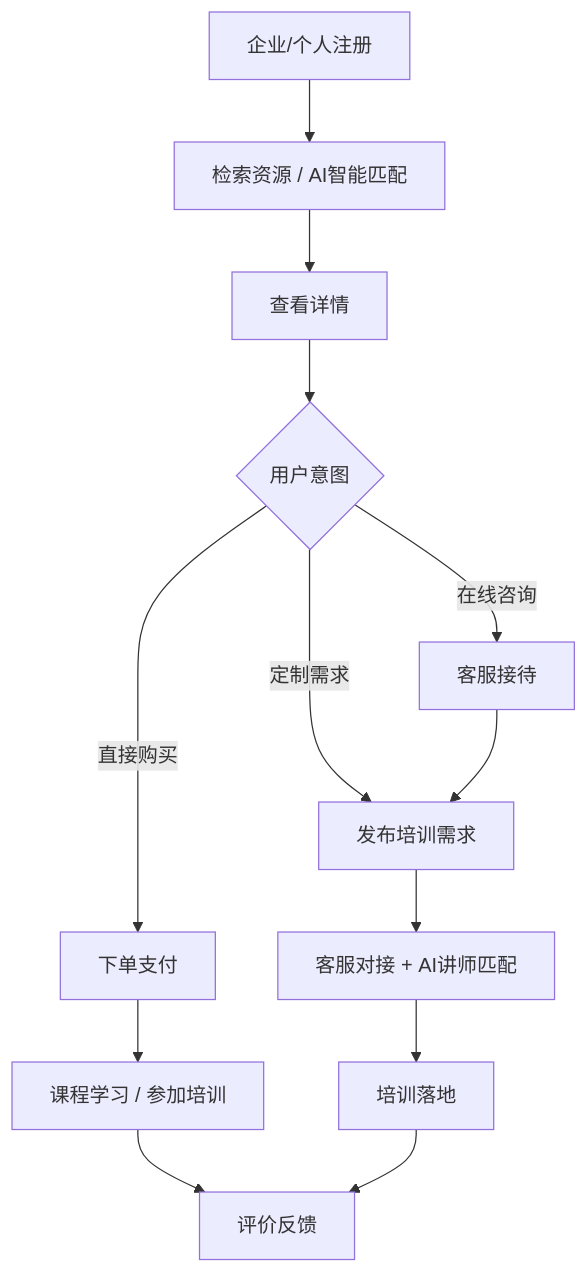
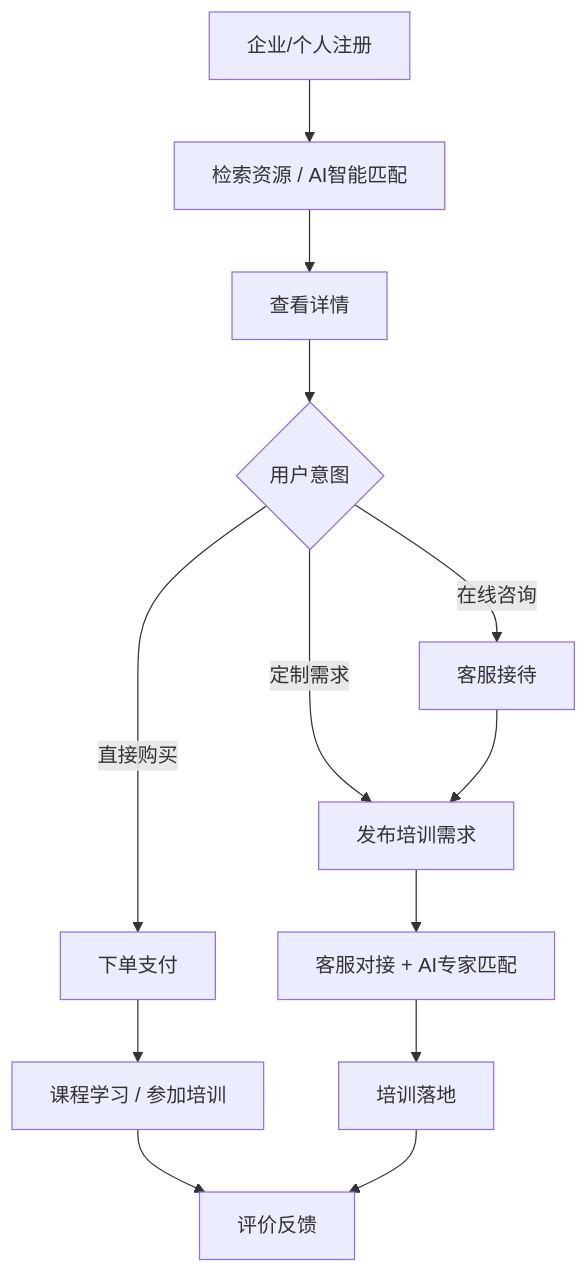
The diagram in docs/01-项目概述.md (zjh1252/taokev2-momo), drawn with Mermaid before and after one commit. The commit also changed other lines of this file and 5 other files, not shown here.

````diff
--- a/docs/01-项目概述.md
+++ b/docs/01-项目概述.md
@@ -91,15 +104,15 @@
 ```mermaid
 flowchart TD
     A[企业/个人注册] --> B[检索资源 / AI智能匹配]
     B --> C[查看详情]
     C --> D{用户意图}
     D -->|在线咨询| E[客服接待]
     D -->|直接购买| F[下单支付]
     D -->|定制需求| G[发布培训需求]
     E --> G
     F --> H[课程学习 / 参加培训]
-    G --> I[客服对接 + AI讲师匹配]
+    G --> I[客服对接 + AI专家匹配]
     I --> J[培训落地]
     H --> K[评价反馈]
     J --> K
 ```
````
